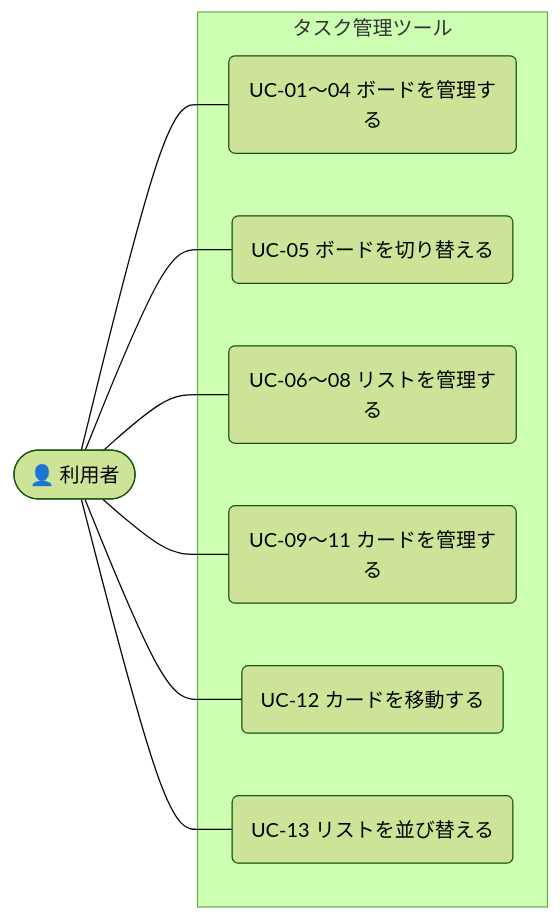
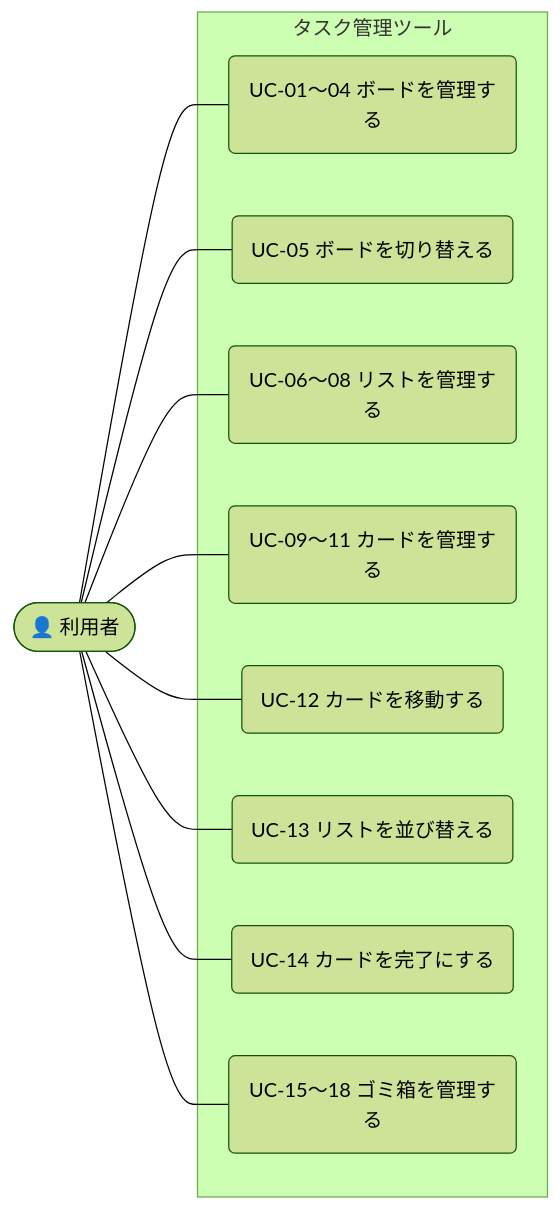
One commit to major182/TaskManegementTool changed the diagram in 01-1_ユースケース.md. Above: the diagram before and after it, drawn with Mermaid (forest theme). The commit also changed other lines of this file and 5 other files, not shown here.

````diff
--- a/01-1_ユースケース.md
+++ b/01-1_ユースケース.md
@@ -42,20 +49,24 @@
 ```mermaid
 flowchart LR
     U(["👤 利用者"])
 
     subgraph APP["タスク管理ツール"]
         UC0104("UC-01〜04 ボードを管理する")
         UC05("UC-05 ボードを切り替える")
         UC0608("UC-06〜08 リストを管理する")
         UC0911("UC-09〜11 カードを管理する")
         UC12("UC-12 カードを移動する")
         UC13("UC-13 リストを並び替える")
+        UC14("UC-14 カードを完了にする")
+        UC1518("UC-15〜18 ゴミ箱を管理する")
     end
 
     U --- UC0104
     U --- UC05
     U --- UC0608
     U --- UC0911
     U --- UC12
     U --- UC13
+    U --- UC14
+    U --- UC1518
 ```
````
